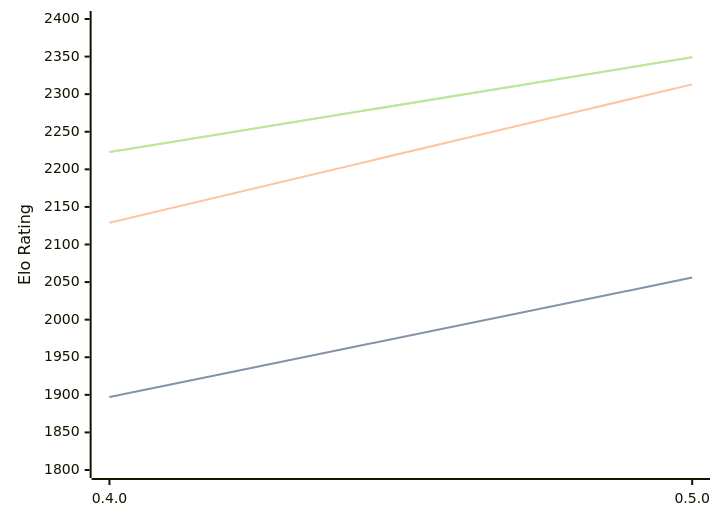
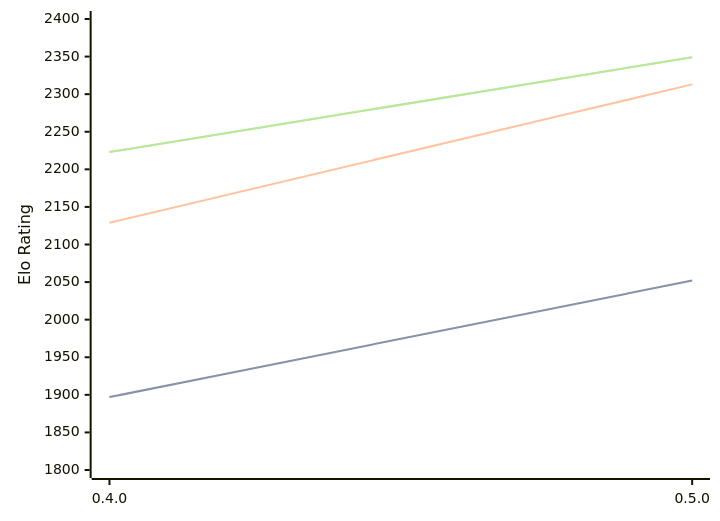
One commit to computer-chess-index/cci changed the diagram in engines/Atenika.md. Above: the diagram before and after it, drawn with Mermaid. The commit also changed other lines of this file, not shown here.

````diff
--- a/engines/Atenika.md
+++ b/engines/Atenika.md
@@ -32,11 +32,11 @@
 ```mermaid
 %%{init: {"theme":"base","themeVariables":{"seriesColors:['#a3a3a3','#222221','#faa371']}}}%%
 xychart-beta
   x-axis ["0.4.0", "0.5.0"]
   y-axis "Elo Rating" 1800 --> 2400
-  line "" [1897, 2056]
-  line "STC (8.0+0.08s)" [1897, 2056]
+  line "" [1897, 2052]
+  line "STC (8.0+0.08s)" [1897, 2052]
   line "LTC (60.0+0.60s)" [2129, 2313]
   line "" [2223, 2349]
   line "VLTC (2m24s+1.12s)" [2223, 2349]
 ```
````
